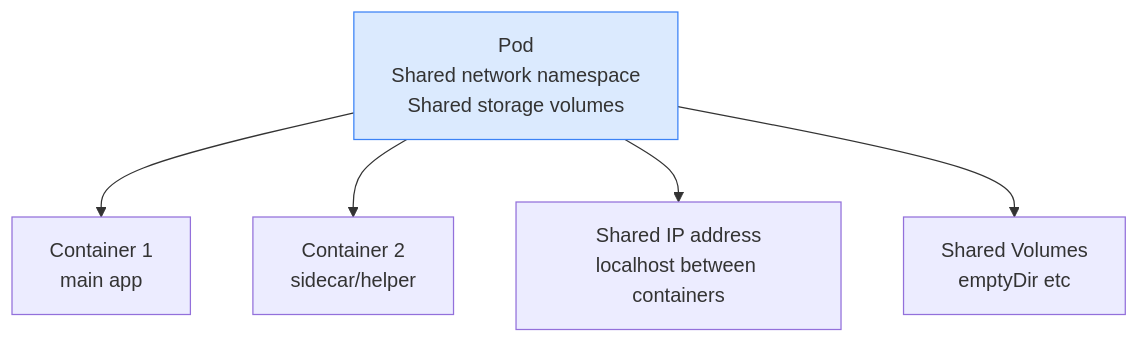
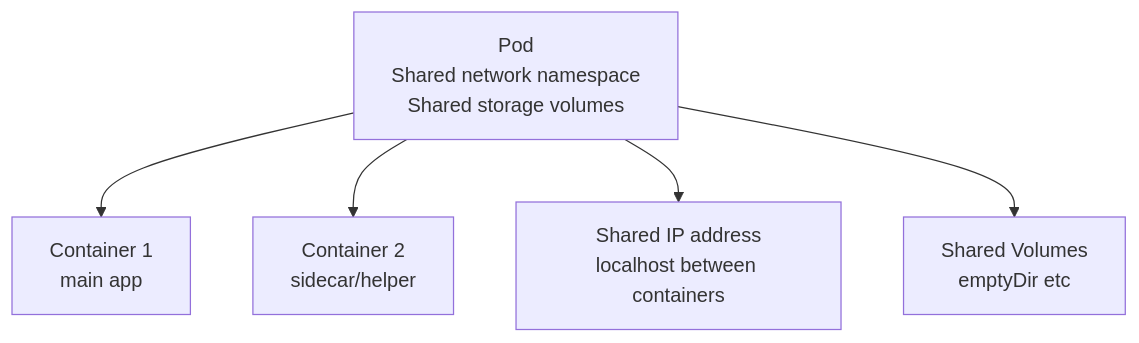
Before and after one commit to Gautam4424/k8slearn-content: the diagram in content/cka/03-core-concepts-pods-services-deployments/31-pods/31-pods.md, drawn with Mermaid. The commit also changed 40 other files, not shown here.

Commit message:
chore: fix mermaid style regex

````diff
--- a/content/cka/03-core-concepts-pods-services-deployments/31-pods/31-pods.md
+++ b/content/cka/03-core-concepts-pods-services-deployments/31-pods/31-pods.md
@@ -21,11 +21,10 @@
 ```mermaid
 graph TD
     POD["Pod\nShared network namespace\nShared storage volumes"]
     C1["Container 1\nmain app"]
     C2["Container 2\nsidecar/helper"]
     NET["Shared IP address\nlocalhost between containers"]
     VOL["Shared Volumes\nemptyDir etc"]
     POD --> C1 & C2
     POD --> NET & VOL
-    style POD fill:#dbeafe,stroke:#3b82f6
 ```
````
